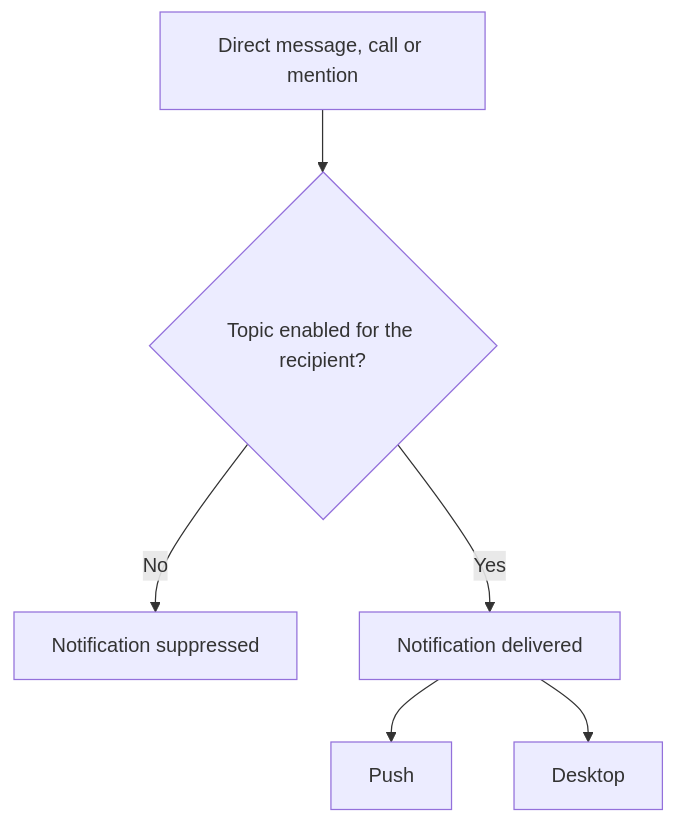
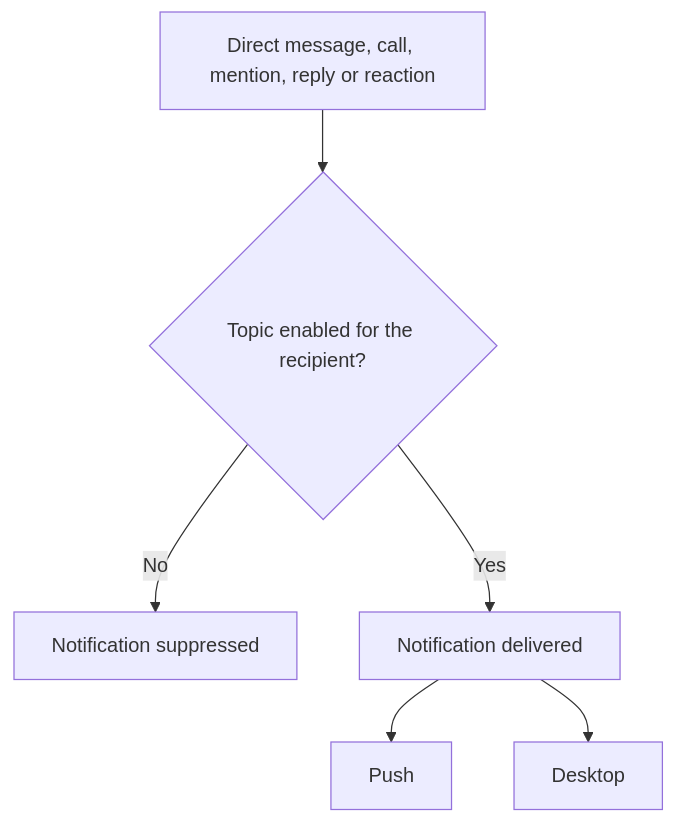
One commit to Quenary/konvoez changed the diagram in docs/NOTIFICATIONS.md. Above: the diagram before and after it, drawn with Mermaid. The commit also changed other lines of this file and 18 other files, not shown here.

````diff
--- a/docs/NOTIFICATIONS.md
+++ b/docs/NOTIFICATIONS.md
@@ -28,8 +30,8 @@
 ```mermaid
 flowchart TD
-  Event[Direct message, call or mention] --> Check{Topic enabled for the recipient?}
+  Event[Direct message, call, mention, reply or reaction] --> Check{Topic enabled for the recipient?}
   Check -- No --> Drop[Notification suppressed]
   Check -- Yes --> Deliver[Notification delivered]
   Deliver --> Push[Push]
   Deliver --> Desktop[Desktop]
 ```
````
